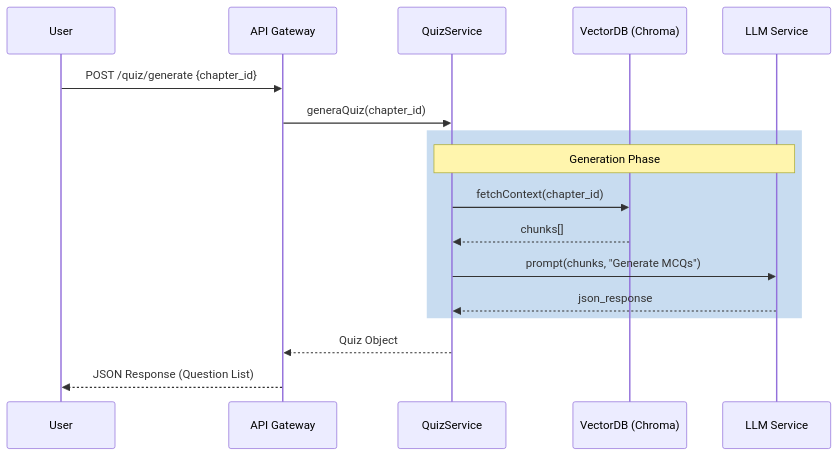
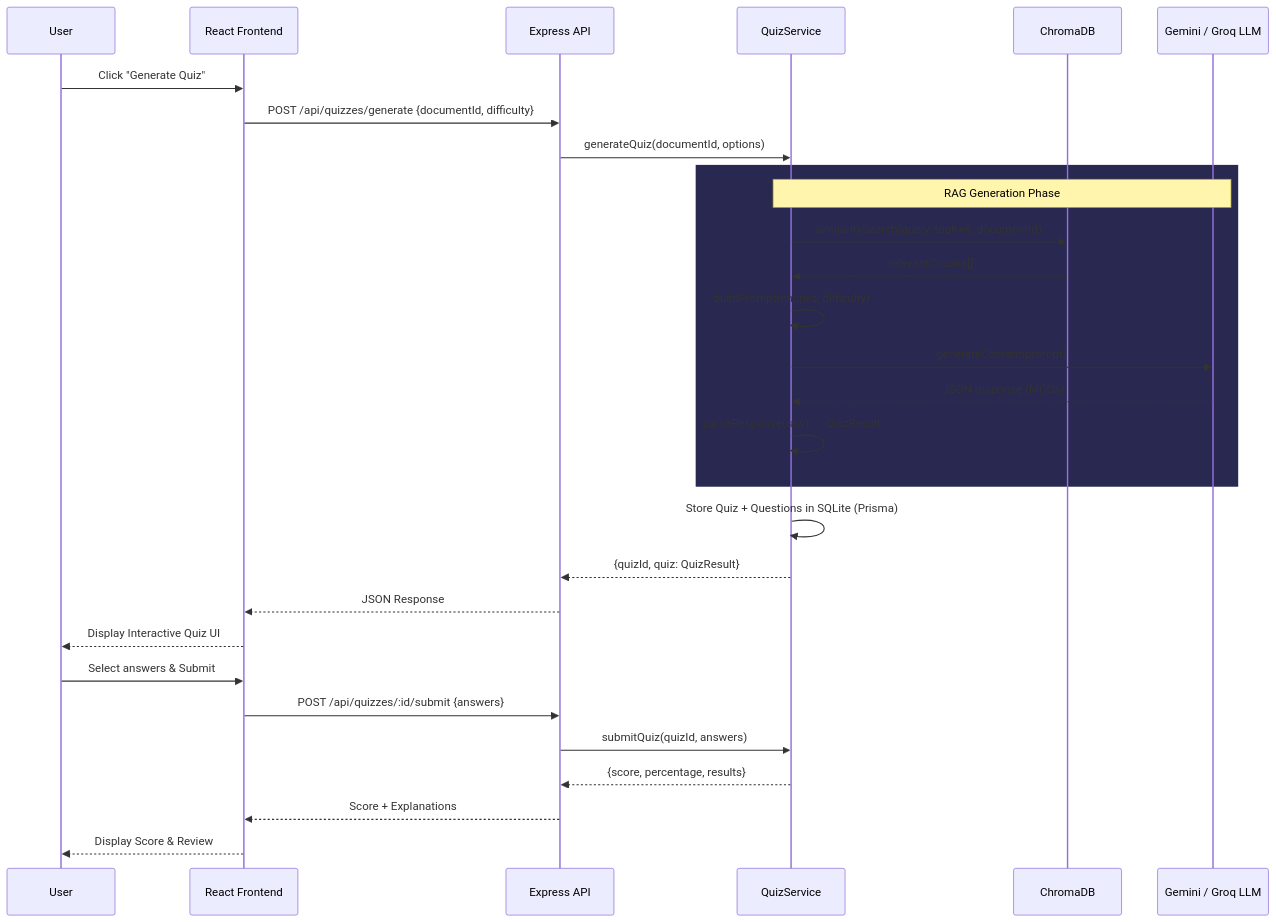
The diagram in sequenceDiagram.md (AyushCoder9/PromptPrep), drawn with Mermaid before and after one commit. The commit also changed 3 other files, not shown here.

Commit message:
Draft system diagrams

````diff
--- a/sequenceDiagram.md
+++ b/sequenceDiagram.md
@@ -1,20 +1,35 @@
 ```mermaid
 sequenceDiagram
     participant User
-    participant API as API Gateway
+    participant React as React Frontend
+    participant API as Express API
     participant QS as QuizService
-    participant VDB as VectorDB (Chroma)
-    participant LLM as LLM Service
+    participant VDB as ChromaDB
+    participant LLM as Gemini / Groq LLM
 
-    User->>API: POST /quiz/generate {chapter_id}
-    API->>QS: generaQuiz(chapter_id)
-    rect rgb(200, 220, 240)
-        note over QS, LLM: Generation Phase
-        QS->>VDB: fetchContext(chapter_id)
-        VDB-->>QS: chunks[]
-        QS->>LLM: prompt(chunks, "Generate MCQs")
-        LLM-->>QS: json_response
+    User->>React: Click "Generate Quiz"
+    React->>API: POST /api/quizzes/generate {documentId, difficulty}
+    API->>QS: generateQuiz(documentId, options)
+    
+    rect rgb(40, 40, 80)
+        note over QS, LLM: RAG Generation Phase
+        QS->>VDB: similaritySearch(query, topK=8, documentId)
+        VDB-->>QS: relevantChunks[]
+        QS->>QS: buildPrompt(chunks, difficulty)
+        QS->>LLM: generateContent(prompt)
+        LLM-->>QS: JSON response (MCQs)
+        QS->>QS: parseResponse(raw) → QuizResult
     end
-    QS-->>API: Quiz Object
-    API-->>User: JSON Response (Question List)
+
+    QS->>QS: Store Quiz + Questions in SQLite (Prisma)
+    QS-->>API: {quizId, quiz: QuizResult}
+    API-->>React: JSON Response
+    React-->>User: Display Interactive Quiz UI
+    
+    User->>React: Select answers & Submit
+    React->>API: POST /api/quizzes/:id/submit {answers}
+    API->>QS: submitQuiz(quizId, answers)
+    QS-->>API: {score, percentage, results}
+    API-->>React: Score + Explanations
+    React-->>User: Display Score & Review
 ```
````
